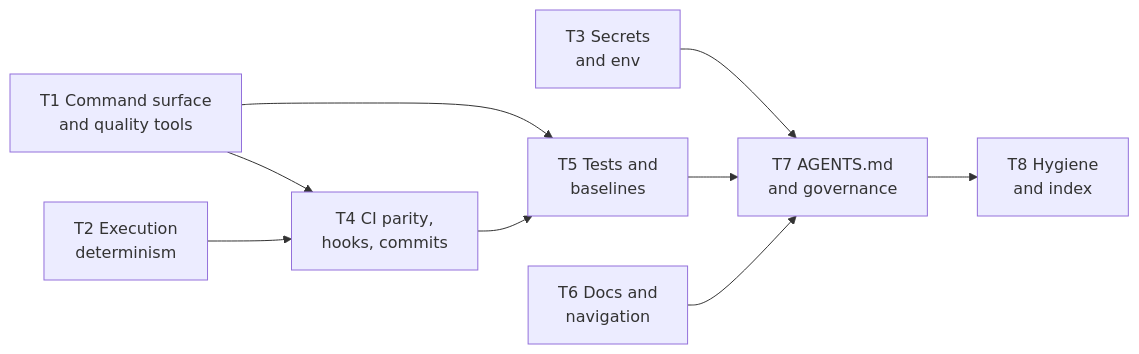
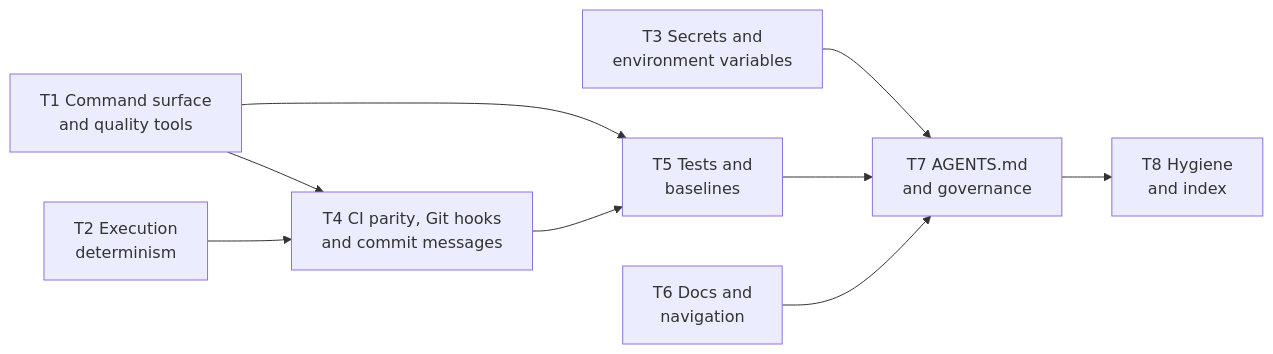
Before and after one commit to Nistapp/codebase-agentic-readiness-framework: the diagram in implement/SKILL.md, drawn with Mermaid. The commit also changed 9 other files, not shown here.

````diff
--- a/implement/SKILL.md
+++ b/implement/SKILL.md
@@ -222,11 +222,11 @@
 ```mermaid
 flowchart LR
-    T1["T1 Command surface<br/>and quality tools"] --> T4["T4 CI parity,<br/>hooks, commits"]
+    T1["T1 Command surface<br/>and quality tools"] --> T4["T4 CI parity, Git hooks<br/>and commit messages"]
     T1 --> T5["T5 Tests and<br/>baselines"]
     T2["T2 Execution<br/>determinism"] --> T4
-    T3["T3 Secrets<br/>and env"] --> T7
+    T3["T3 Secrets and<br/>environment variables"] --> T7
     T4 --> T5
     T5 --> T7["T7 AGENTS.md<br/>and governance"]
     T6["T6 Docs and<br/>navigation"] --> T7
     T7 --> T8["T8 Hygiene<br/>and index"]
 ```
````
